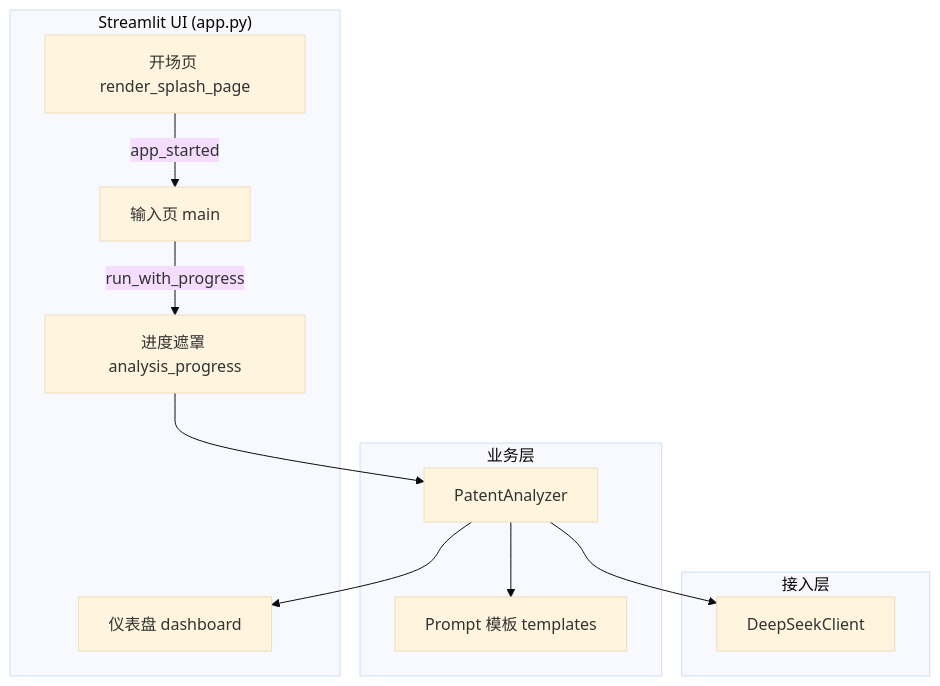
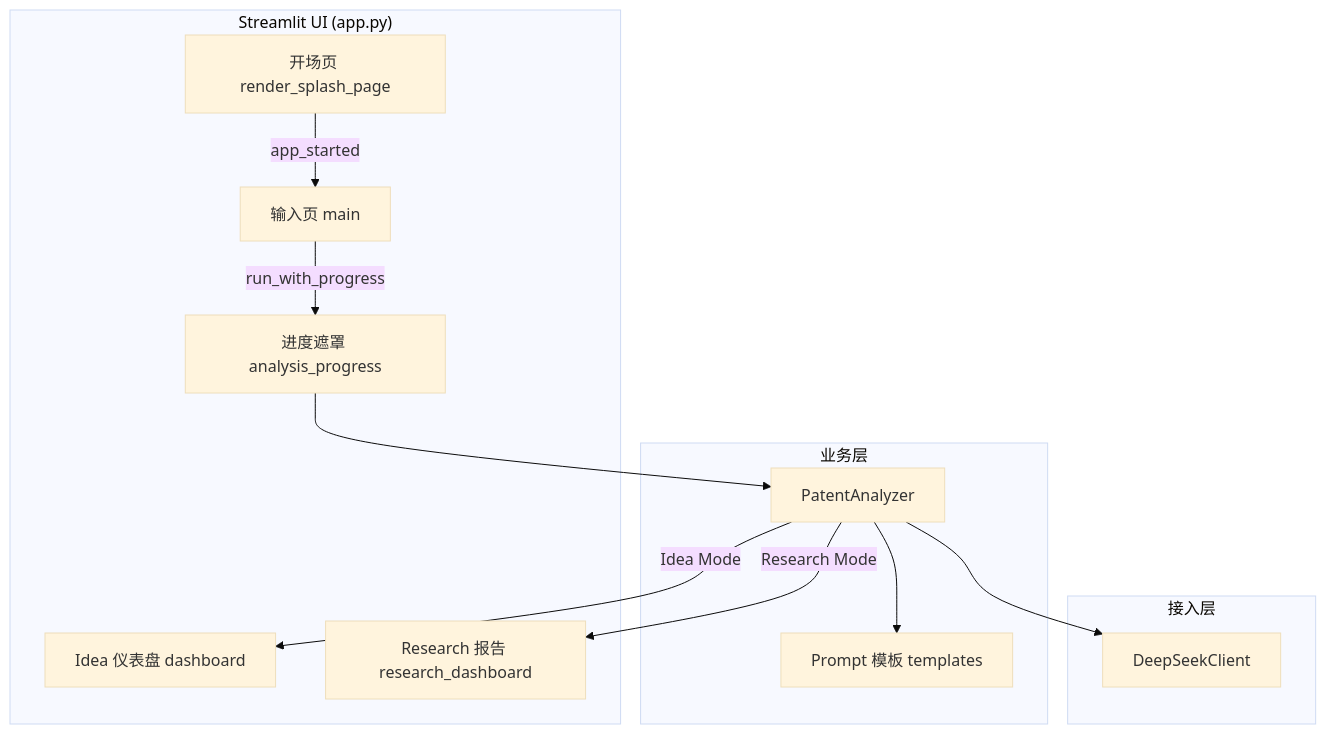
One commit to Drifter-LP/PatentPilot changed the diagram in README.md. Above: the diagram before and after it, drawn with Mermaid (base theme). The commit also changed other lines of this file and 9 other files, not shown here.

Commit message:
Add Research Mode report, project docs, and splash refinements

````diff
--- a/README.md
+++ b/README.md
@@ -80,25 +118,27 @@
 ```mermaid
 flowchart TB
     subgraph UI["Streamlit UI (app.py)"]
         Splash[开场页 render_splash_page]
         Input[输入页 main]
         Progress[进度遮罩 analysis_progress]
-        Dash[仪表盘 dashboard]
+        IdeaDash[Idea 仪表盘 dashboard]
+        ResearchDash[Research 报告 research_dashboard]
     end
 
     subgraph Core["业务层"]
         Analyzer[PatentAnalyzer]
         Prompts[Prompt 模板 templates]
     end
 
     subgraph API["接入层"]
         Client[DeepSeekClient]
     end
 
-  Splash -->|app_started| Input
-  Input -->|run_with_progress| Progress
-  Progress --> Analyzer
-  Analyzer --> Prompts
-  Analyzer --> Client
-  Analyzer --> Dash
+    Splash -->|app_started| Input
+    Input -->|run_with_progress| Progress
+    Progress --> Analyzer
+    Analyzer --> Prompts
+    Analyzer --> Client
+    Analyzer -->|Idea Mode| IdeaDash
+    Analyzer -->|Research Mode| ResearchDash
 ```
````
